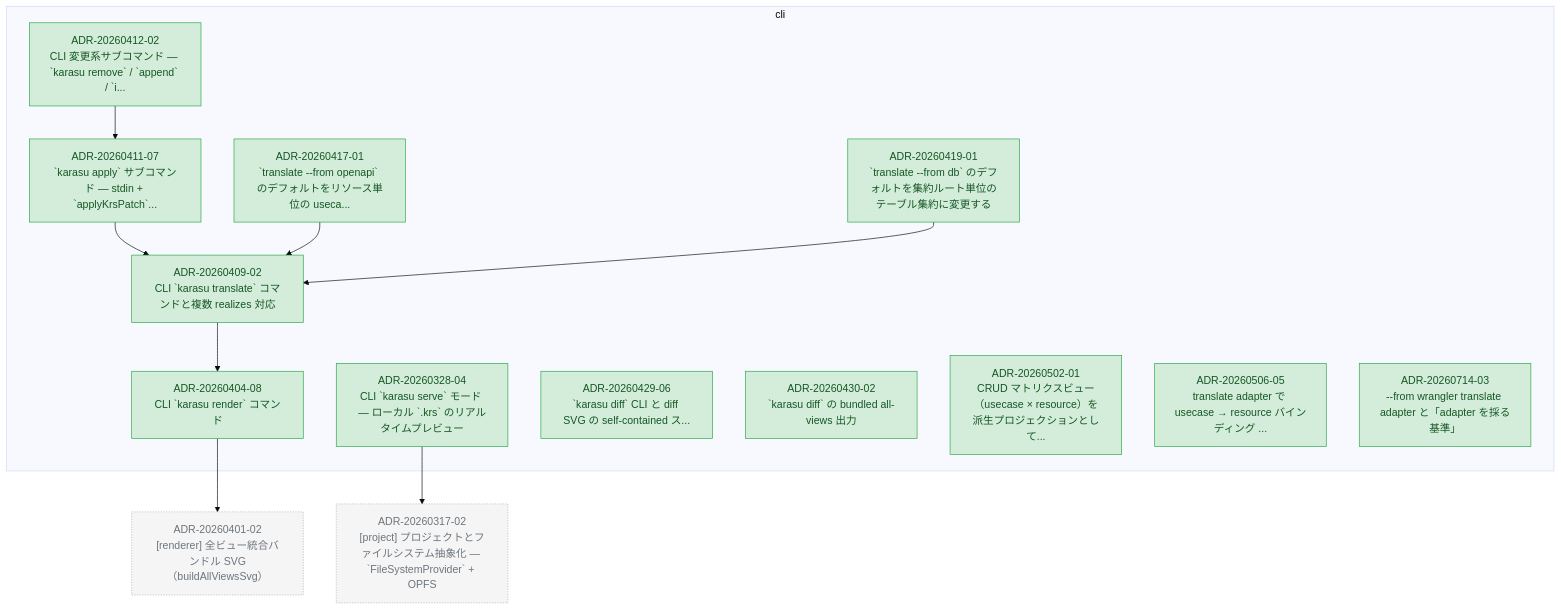
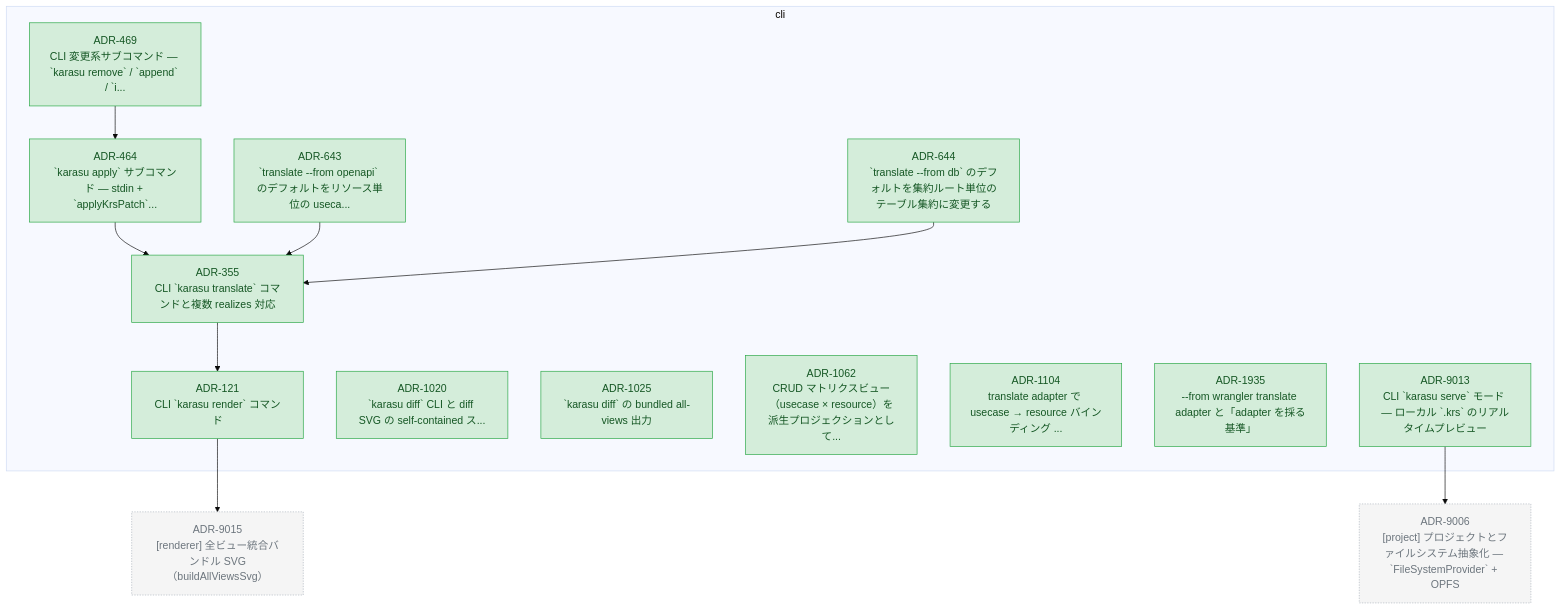
One commit to kompiro/karasu changed the diagram in docs/adr/graph/cli.md. Above: the diagram before and after it, drawn with Mermaid (base theme). The commit also changed 836 other files, not shown here.

````diff
--- a/docs/adr/graph/cli.md
+++ b/docs/adr/graph/cli.md
@@ -6,47 +6,47 @@
 ```mermaid
 flowchart TD
   subgraph cli["cli"]
-    ADR_20260328_04["ADR-20260328-04<br/>CLI `karasu serve` モード — ローカル `.krs` のリアルタイムプレビュー"]
-    ADR_20260404_08["ADR-20260404-08<br/>CLI `karasu render` コマンド"]
-    ADR_20260409_02["ADR-20260409-02<br/>CLI `karasu translate` コマンドと複数 realizes 対応"]
-    ADR_20260411_07["ADR-20260411-07<br/>`karasu apply` サブコマンド — stdin + `applyKrsPatch`..."]
-    ADR_20260412_02["ADR-20260412-02<br/>CLI 変更系サブコマンド — `karasu remove` / `append` / `i..."]
-    ADR_20260417_01["ADR-20260417-01<br/>`translate --from openapi` のデフォルトをリソース単位の useca..."]
-    ADR_20260419_01["ADR-20260419-01<br/>`translate --from db` のデフォルトを集約ルート単位のテーブル集約に変更する"]
-    ADR_20260429_06["ADR-20260429-06<br/>`karasu diff` CLI と diff SVG の self-contained ス..."]
-    ADR_20260430_02["ADR-20260430-02<br/>`karasu diff` の bundled all-views 出力"]
-    ADR_20260502_01["ADR-20260502-01<br/>CRUD マトリクスビュー（usecase × resource）を派生プロジェクションとして..."]
-    ADR_20260506_05["ADR-20260506-05<br/>translate adapter で usecase → resource バインディング ..."]
-    ADR_20260714_03["ADR-20260714-03<br/>--from wrangler translate adapter と「adapter を採る基準」"]
+    ADR_121["ADR-121<br/>CLI `karasu render` コマンド"]
+    ADR_355["ADR-355<br/>CLI `karasu translate` コマンドと複数 realizes 対応"]
+    ADR_464["ADR-464<br/>`karasu apply` サブコマンド — stdin + `applyKrsPatch`..."]
+    ADR_469["ADR-469<br/>CLI 変更系サブコマンド — `karasu remove` / `append` / `i..."]
+    ADR_643["ADR-643<br/>`translate --from openapi` のデフォルトをリソース単位の useca..."]
+    ADR_644["ADR-644<br/>`translate --from db` のデフォルトを集約ルート単位のテーブル集約に変更する"]
+    ADR_1020["ADR-1020<br/>`karasu diff` CLI と diff SVG の self-contained ス..."]
+    ADR_1025["ADR-1025<br/>`karasu diff` の bundled all-views 出力"]
+    ADR_1062["ADR-1062<br/>CRUD マトリクスビュー（usecase × resource）を派生プロジェクションとして..."]
+    ADR_1104["ADR-1104<br/>translate adapter で usecase → resource バインディング ..."]
+    ADR_1935["ADR-1935<br/>--from wrangler translate adapter と「adapter を採る基準」"]
+    ADR_9013["ADR-9013<br/>CLI `karasu serve` モード — ローカル `.krs` のリアルタイムプレビュー"]
   end
-  ADR_20260317_02["ADR-20260317-02<br/>[project] プロジェクトとファイルシステム抽象化 — `FileSystemProvider` + OPFS"]
-  ADR_20260401_02["ADR-20260401-02<br/>[renderer] 全ビュー統合バンドル SVG（buildAllViewsSvg）"]
-  ADR_20260328_04 --> ADR_20260317_02
-  ADR_20260404_08 --> ADR_20260401_02
-  ADR_20260409_02 --> ADR_20260404_08
-  ADR_20260411_07 --> ADR_20260409_02
-  ADR_20260412_02 --> ADR_20260411_07
-  ADR_20260417_01 --> ADR_20260409_02
-  ADR_20260419_01 --> ADR_20260409_02
+  ADR_9006["ADR-9006<br/>[project] プロジェクトとファイルシステム抽象化 — `FileSystemProvider` + OPFS"]
+  ADR_9015["ADR-9015<br/>[renderer] 全ビュー統合バンドル SVG（buildAllViewsSvg）"]
+  ADR_121 --> ADR_9015
+  ADR_355 --> ADR_121
+  ADR_464 --> ADR_355
+  ADR_469 --> ADR_464
+  ADR_643 --> ADR_355
+  ADR_644 --> ADR_355
+  ADR_9013 --> ADR_9006
 
   classDef accepted fill:#d4edda,stroke:#28a745,color:#155724
   classDef proposed fill:#fff3cd,stroke:#ffc107,color:#856404
   classDef deprecated fill:#f8d7da,stroke:#dc3545,color:#721c24
   classDef superseded fill:#e2e3e5,stroke:#6c757d,color:#383d41
   classDef not_adopted fill:#e2e3e5,stroke:#6c757d,color:#383d41,stroke-dasharray:3 3
   classDef ghost fill:#f5f5f5,stroke:#adb5bd,color:#6c757d,stroke-dasharray:2 2
-  class ADR_20260328_04 accepted
-  class ADR_20260404_08 accepted
-  class ADR_20260409_02 accepted
-  class ADR_20260411_07 accepted
-  class ADR_20260412_02 accepted
-  class ADR_20260417_01 accepted
-  class ADR_20260419_01 accepted
-  class ADR_20260429_06 accepted
-  class ADR_20260430_02 accepted
-  class ADR_20260502_01 accepted
-  class ADR_20260506_05 accepted
-  class ADR_20260714_03 accepted
-  class ADR_20260317_02 ghost
-  class ADR_20260401_02 ghost
+  class ADR_121 accepted
+  class ADR_355 accepted
+  class ADR_464 accepted
+  class ADR_469 accepted
+  class ADR_643 accepted
+  class ADR_644 accepted
+  class ADR_1020 accepted
+  class ADR_1025 accepted
+  class ADR_1062 accepted
+  class ADR_1104 accepted
+  class ADR_1935 accepted
+  class ADR_9013 accepted
+  class ADR_9006 ghost
+  class ADR_9015 ghost
 ```
````
